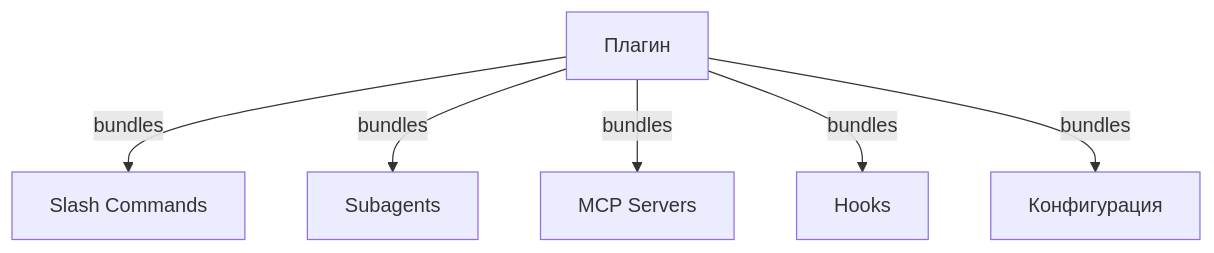
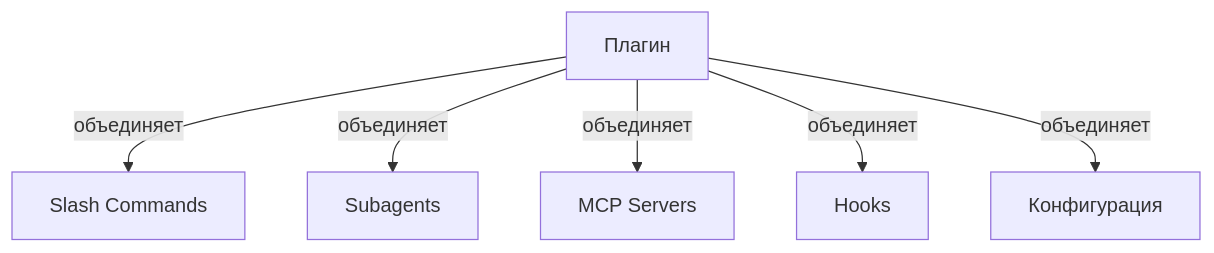
Before and after one commit to srpvpn/claude-howto-ru: the first of 5 diagrams in 07-plugins/README.md, drawn with Mermaid. The commit also changed other lines of this file and 8 other files, not shown here.

````diff
--- a/07-plugins/README.md
+++ b/07-plugins/README.md
@@ -17,15 +17,15 @@
 ```mermaid
 graph TB
     A["Плагин"]
     B["Slash Commands"]
     C["Subagents"]
     D["MCP Servers"]
     E["Hooks"]
     F["Конфигурация"]
 
-    A -->|bundles| B
-    A -->|bundles| C
-    A -->|bundles| D
-    A -->|bundles| E
-    A -->|bundles| F
+    A -->|объединяет| B
+    A -->|объединяет| C
+    A -->|объединяет| D
+    A -->|объединяет| E
+    A -->|объединяет| F
 ```
````
